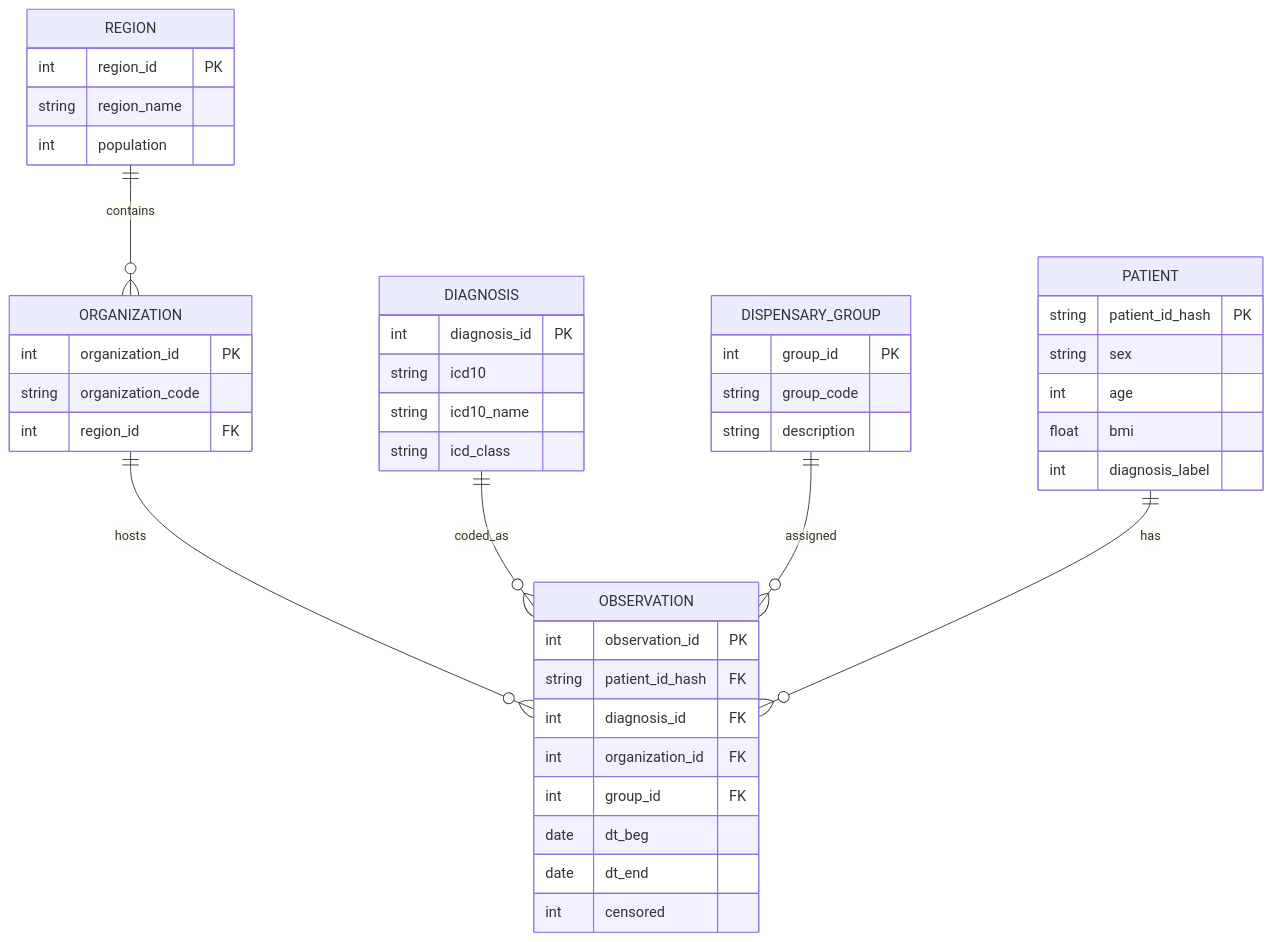
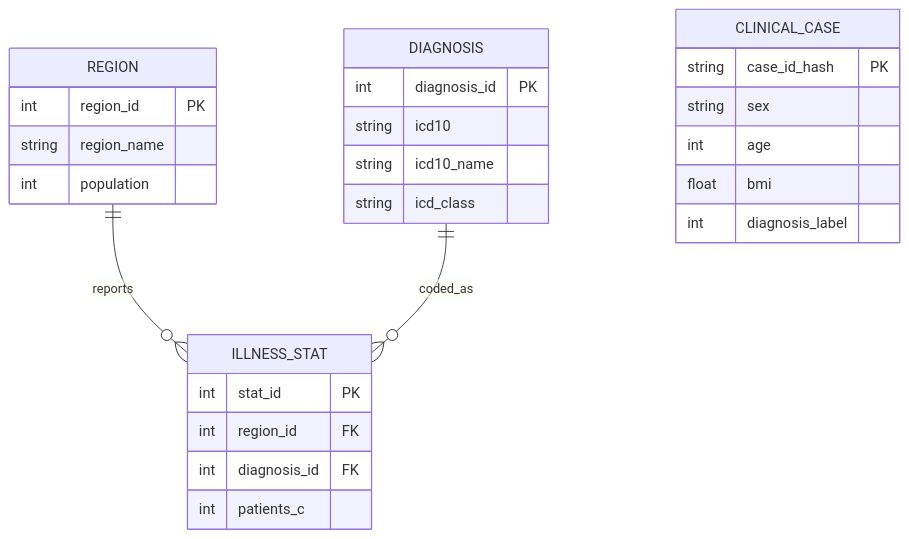
The diagram in db/er_diagram.md (MadiZhakenov/ada-final-liver-38), drawn with Mermaid before and after one commit. The commit also changed other lines of this file and 40 other files, not shown here.

````diff
--- a/db/er_diagram.md
+++ b/db/er_diagram.md
@@ -3,47 +3,31 @@
 ```mermaid
 erDiagram
-    REGION ||--o{ ORGANIZATION : contains
-    ORGANIZATION ||--o{ OBSERVATION : hosts
-    DIAGNOSIS ||--o{ OBSERVATION : coded_as
-    DISPENSARY_GROUP ||--o{ OBSERVATION : assigned
-    PATIENT ||--o{ OBSERVATION : has
+    REGION ||--o{ ILLNESS_STAT : reports
+    DIAGNOSIS ||--o{ ILLNESS_STAT : coded_as
+    CLINICAL_CASE
 
     REGION {
         int region_id PK
         string region_name
         int population
-    }
-    ORGANIZATION {
-        int organization_id PK
-        string organization_code
-        int region_id FK
     }
     DIAGNOSIS {
         int diagnosis_id PK
         string icd10
         string icd10_name
         string icd_class
     }
-    DISPENSARY_GROUP {
-        int group_id PK
-        string group_code
-        string description
+    ILLNESS_STAT {
+        int stat_id PK
+        int region_id FK
+        int diagnosis_id FK
+        int patients_c
     }
-    PATIENT {
-        string patient_id_hash PK
+    CLINICAL_CASE {
+        string case_id_hash PK
         string sex
         int age
         float bmi
         int diagnosis_label
     }
-    OBSERVATION {
-        int observation_id PK
-        string patient_id_hash FK
-        int diagnosis_id FK
-        int organization_id FK
-        int group_id FK
-        date dt_beg
-        date dt_end
-        int censored
-    }
 ```
````
